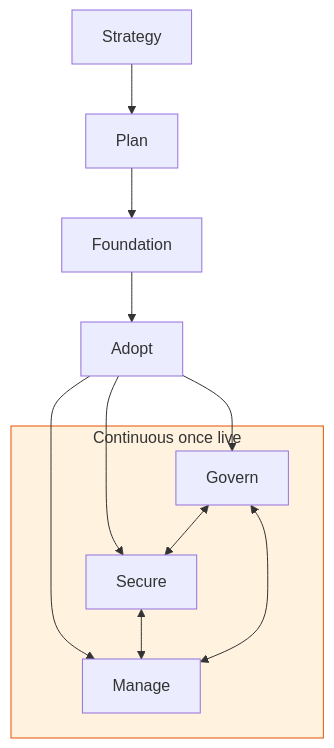
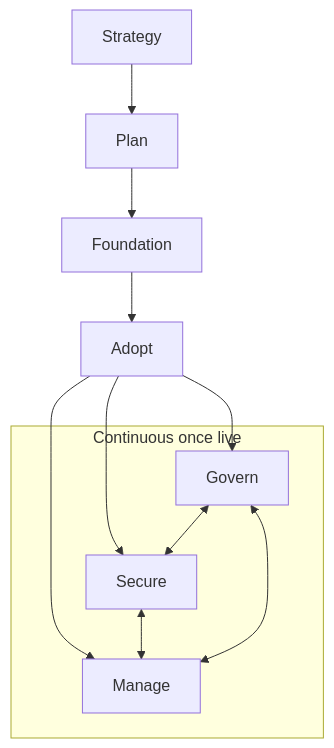
One commit to kevinevans1/cloudflare-adoption-framework changed the diagram in docs/index.md. Above: the diagram before and after it, drawn with Mermaid. The commit also changed 12 other files, not shown here.

Commit message:
Remove hardcoded Mermaid node colors causing readability issues; let diagrams use Material's theme-aware rendering

````diff
--- a/docs/index.md
+++ b/docs/index.md
@@ -34,20 +34,19 @@
 ```mermaid
 flowchart TD
     A[Strategy] --> B[Plan]
     B --> C[Foundation]
     C --> D[Adopt]
     D --> E[Govern]
     D --> F[Secure]
     D --> G[Manage]
     E <--> F
     F <--> G
     E <--> G
 
     subgraph continuous["Continuous once live"]
         E
         F
         G
     end
 
-    style continuous fill:#fff3e0,stroke:#e65100,stroke-width:1px
 ```
````
